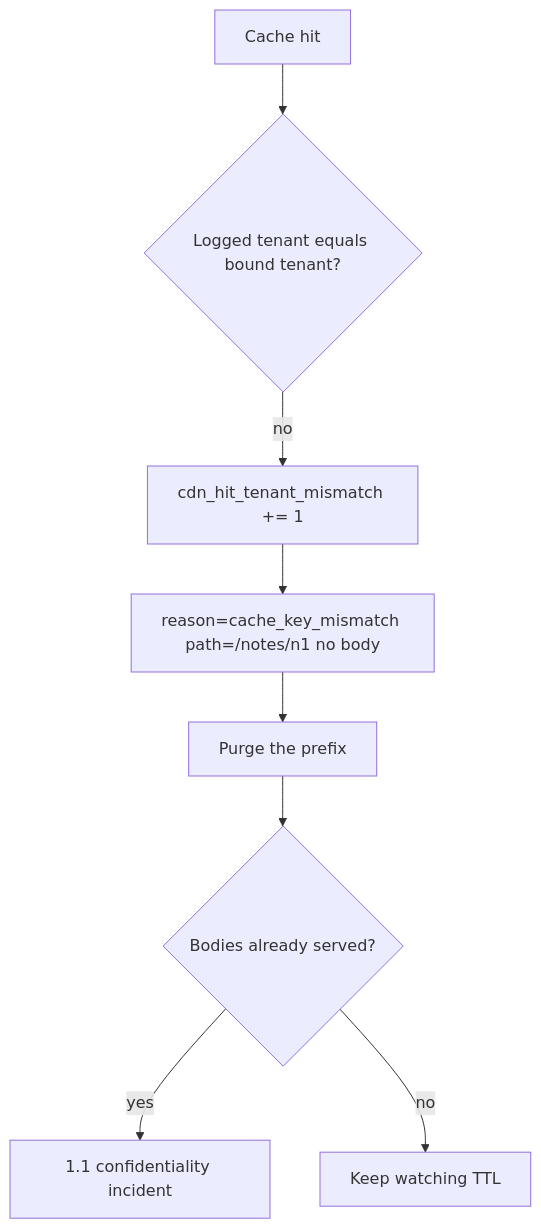
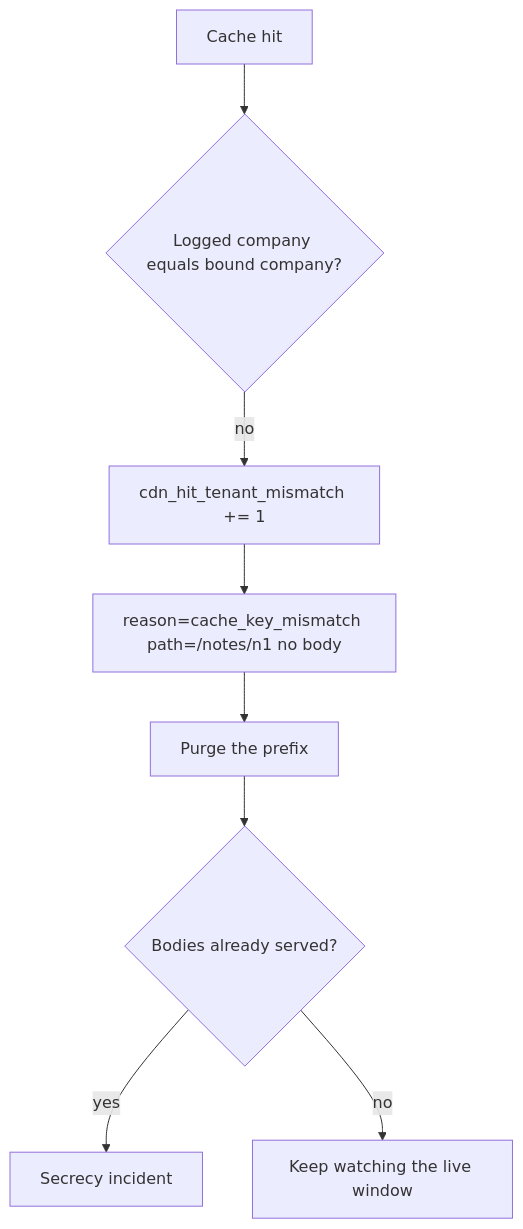
The diagram in content/modules/2/2.2/lessons/06-operate.md (ishitvagoel/LearnSecurity), drawn with Mermaid before and after one commit. The commit also changed other lines of this file and 7 other files, not shown here.

````diff
--- a/content/modules/2/2.2/lessons/06-operate.md
+++ b/content/modules/2/2.2/lessons/06-operate.md
@@ -13,10 +14,10 @@
 ```mermaid
 flowchart TD
-  Hit[Cache hit] --> Cmp{Logged tenant equals bound tenant?}
+  Hit[Cache hit] --> Cmp{Logged company equals bound company?}
   Cmp -->|no| Metric["cdn_hit_tenant_mismatch += 1"]
   Metric --> Log["reason=cache_key_mismatch path=/notes/n1 no body"]
   Log --> Purge[Purge the prefix]
   Purge --> Inc{Bodies already served?}
-  Inc -->|yes| Incident["1.1 confidentiality incident"]
-  Inc -->|no| Watch[Keep watching TTL]
+  Inc -->|yes| Incident["Secrecy incident"]
+  Inc -->|no| Watch[Keep watching the live window]
 ```
````
